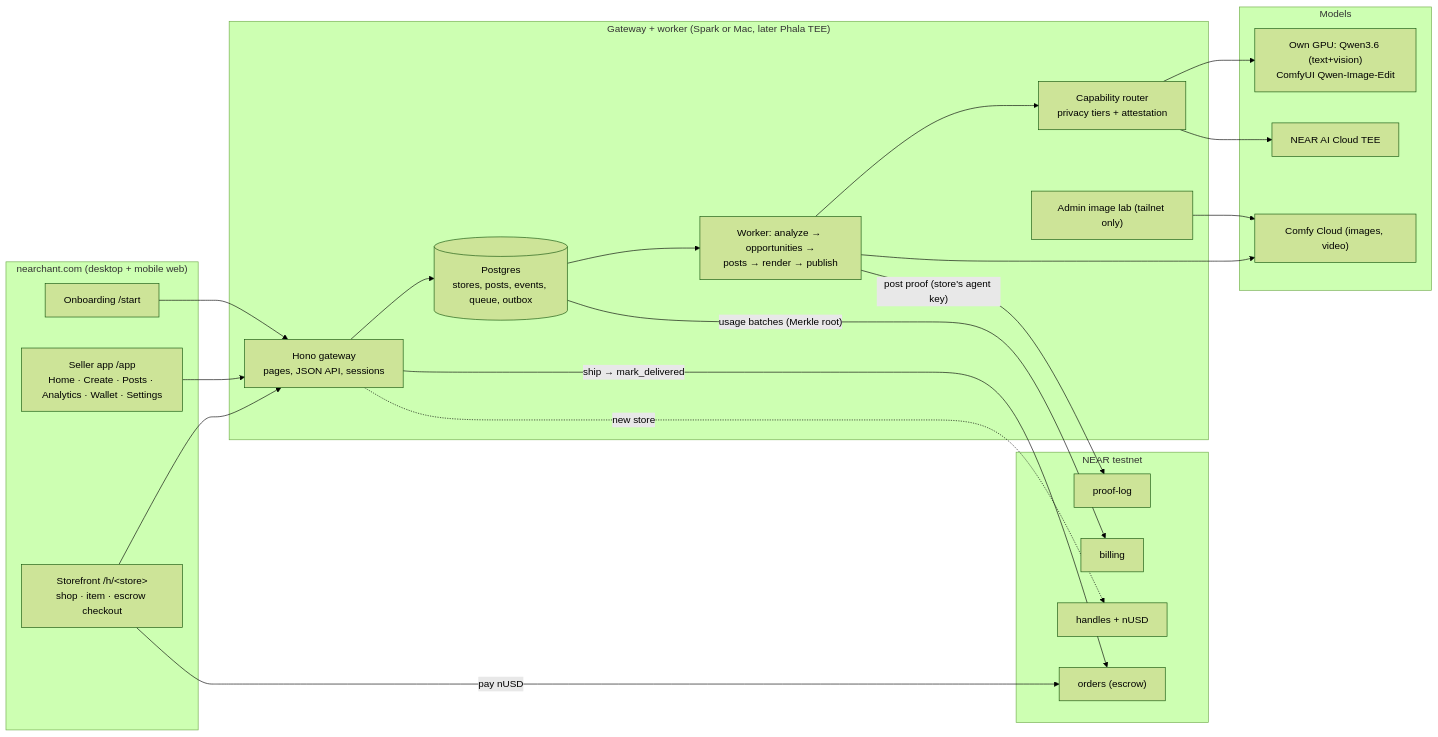
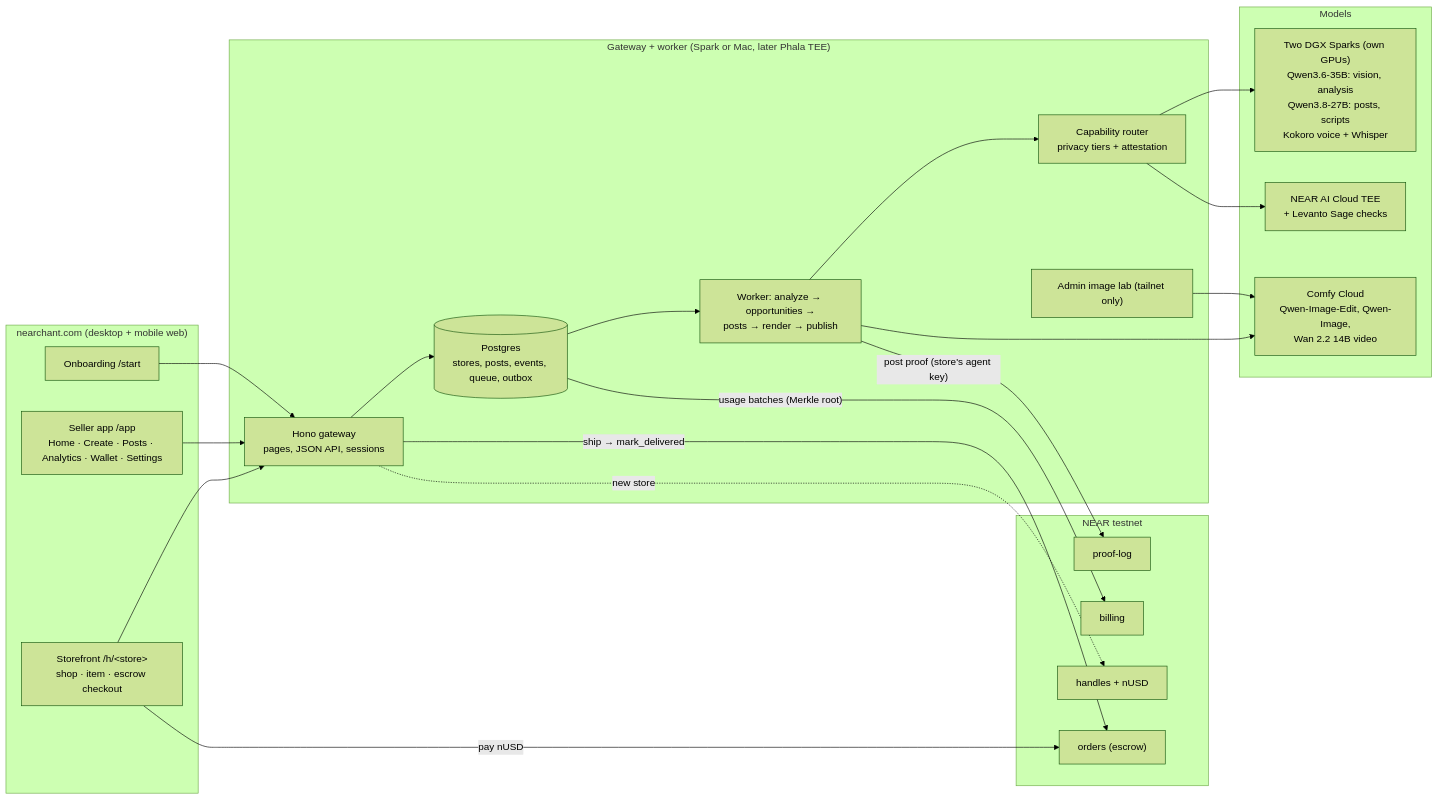
One commit to vlmoon99/nearchant changed the diagram in README.md. Above: the diagram before and after it, drawn with Mermaid (forest theme). The commit also changed other lines of this file and 2 other files, not shown here.

Commit message:
docs: README and demo script for the current product (headline pictures, shorts, Sage check, attestation check, NEAR wallet, two Sparks + Comfy Cloud); recorded walkthrough script

````diff
--- a/README.md
+++ b/README.md
@@ -38,39 +45,39 @@
 ```mermaid
 flowchart LR
   subgraph Web["nearchant.com (desktop + mobile web)"]
     O["Onboarding /start"]
     A["Seller app /app<br/>Home · Create · Posts · Analytics · Wallet · Settings"]
     S["Storefront /h/&lt;store&gt;<br/>shop · item · escrow checkout"]
   end
   subgraph Gateway["Gateway + worker (Spark or Mac, later Phala TEE)"]
     G["Hono gateway<br/>pages, JSON API, sessions"]
     Q[("Postgres<br/>stores, posts, events, queue, outbox")]
     W["Worker: analyze → opportunities →<br/>posts → render → publish"]
     R["Capability router<br/>privacy tiers + attestation"]
     L["Admin image lab (tailnet only)"]
   end
   subgraph Models
-    LL["Own GPU: Qwen3.6 (text+vision)<br/>ComfyUI Qwen-Image-Edit"]
-    NA["NEAR AI Cloud TEE"]
-    CC["Comfy Cloud (images, video)"]
+    LL["Two DGX Sparks (own GPUs)<br/>Qwen3.6-35B: vision, analysis<br/>Qwen3.8-27B: posts, scripts<br/>Kokoro voice + Whisper"]
+    NA["NEAR AI Cloud TEE<br/>+ Levanto Sage checks"]
+    CC["Comfy Cloud<br/>Qwen-Image-Edit, Qwen-Image,<br/>Wan 2.2 14B video"]
   end
   subgraph NEAR["NEAR testnet"]
     OR["orders (escrow)"]
     PL["proof-log"]
     BI["billing"]
     HN["handles + nUSD"]
   end
   O --> G
   A --> G
   S --> G
   G --> Q --> W --> R
   R --> LL
   R --> NA
   W --> CC
   L --> CC
   S -- "pay nUSD" --> OR
   W -- "post proof (store's agent key)" --> PL
   G -- "ship → mark_delivered" --> OR
   Q -- "usage batches (Merkle root)" --> BI
   G -. "new store" .-> HN
 ```
````
